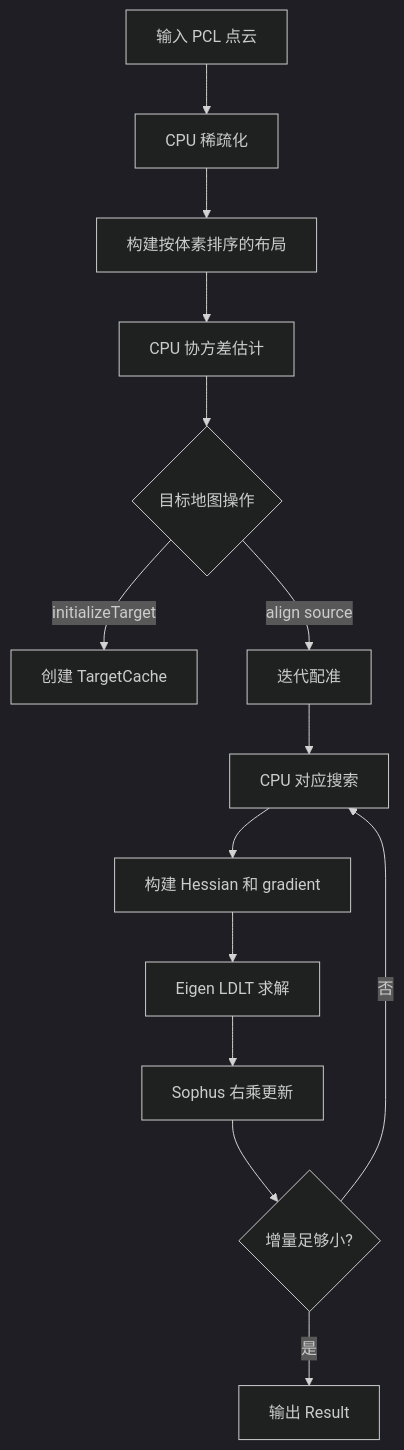
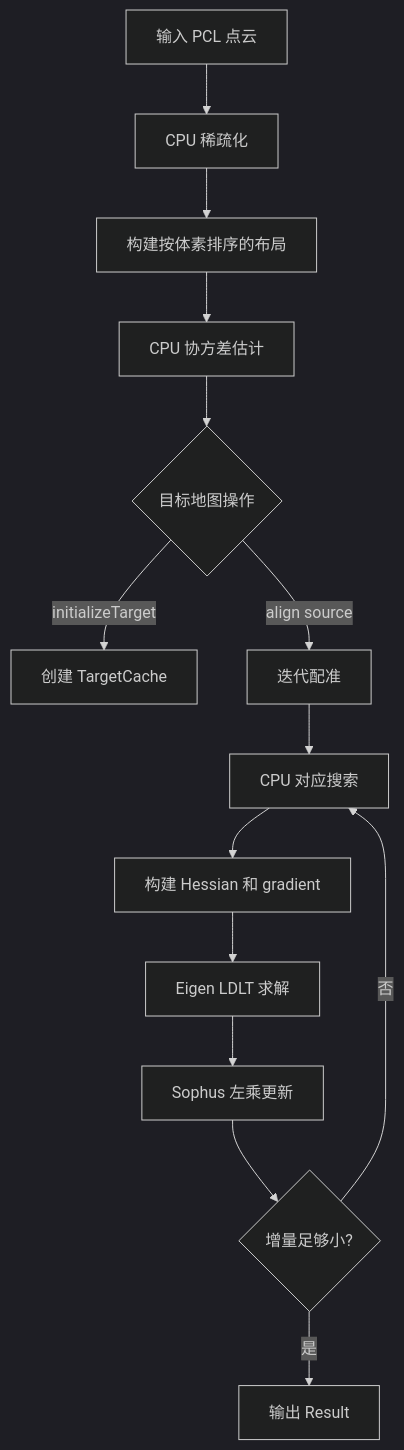
One commit to AventLone/CageStack_IBVS changed the diagram in trailer_localization/packages/perception/docs/SparsityAwareGICP_algorithm.md. Above: the diagram before and after it, drawn with Mermaid (dark theme). The commit also changed other lines of this file and 13 other files, not shown here.

````diff
--- a/trailer_localization/packages/perception/docs/SparsityAwareGICP_algorithm.md
+++ b/trailer_localization/packages/perception/docs/SparsityAwareGICP_algorithm.md
@@ -94,16 +94,16 @@
 ```mermaid
 flowchart TD
     A[输入 PCL 点云] --> B[CPU 稀疏化]
     B --> C[构建按体素排序的布局]
     C --> D[CPU 协方差估计]
     D --> E{目标地图操作}
     E -->|initializeTarget| F[创建 TargetCache]
     E -->|align source| G[迭代配准]
     G --> H[CPU 对应搜索]
     H --> I[构建 Hessian 和 gradient]
     I --> J[Eigen LDLT 求解]
-    J --> K[Sophus 右乘更新]
+    J --> K[Sophus 左乘更新]
     K --> L{增量足够小?}
     L -->|否| H
     L -->|是| M[输出 Result]
 ```
````
